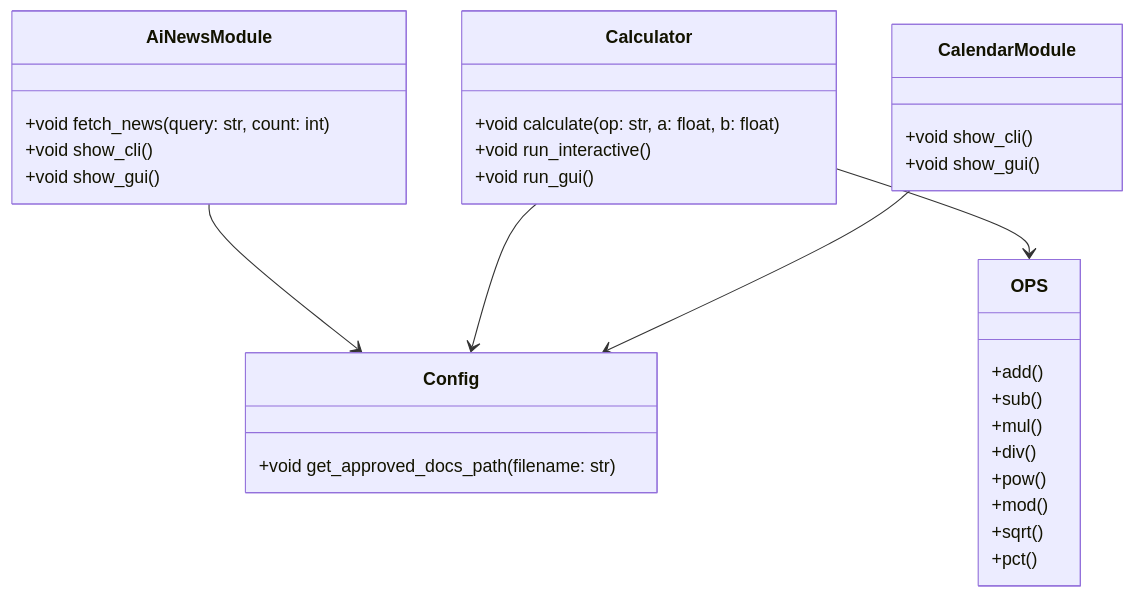
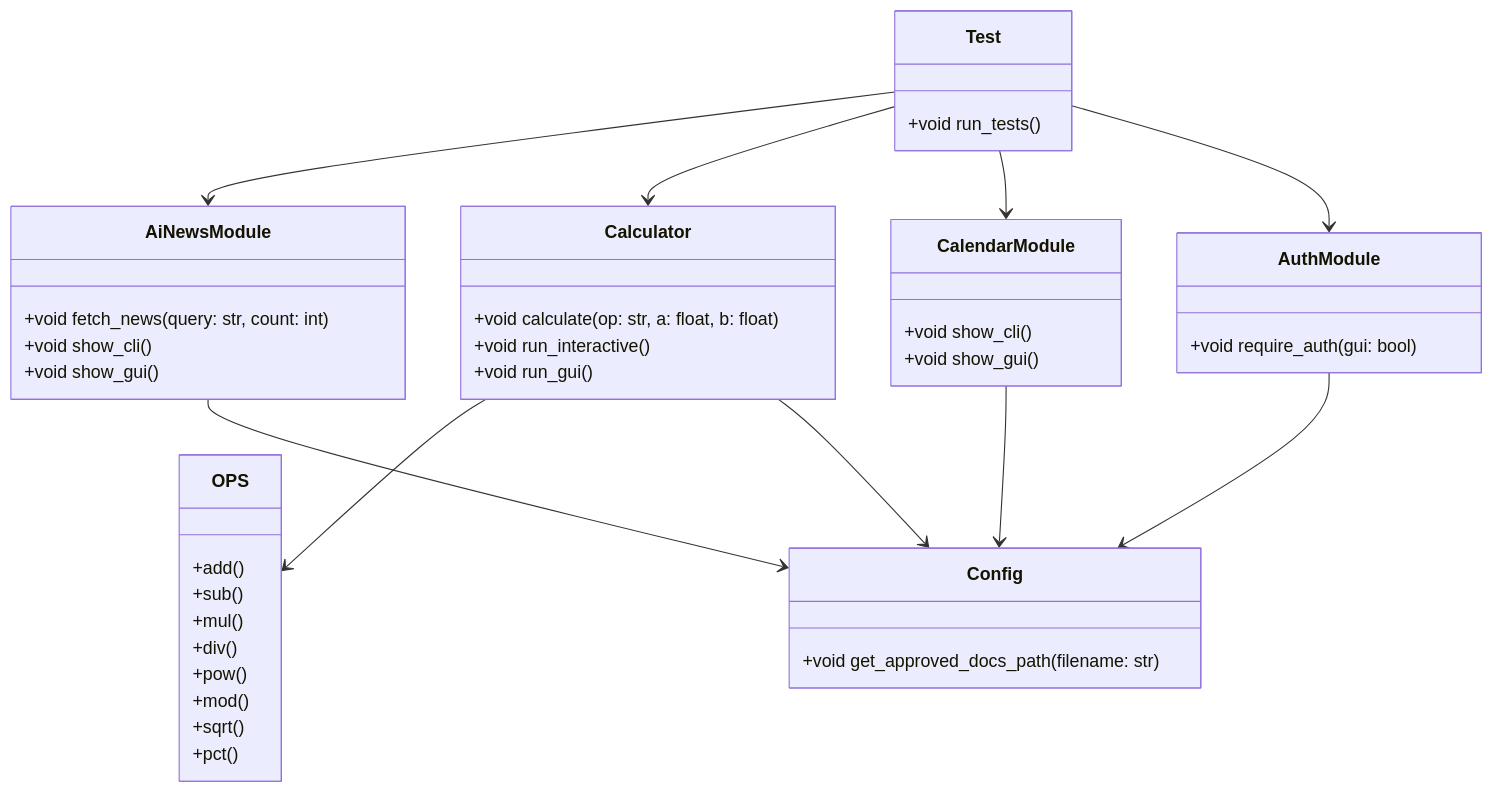
The diagram in docs/diagrams/class.mmd (thoaihcmc/docs-pipeline-e2e-test), drawn with Mermaid before and after one commit. The commit also changed 7 other files, not shown here.

Commit message:
docs: auto-generate FDD, BDD, ADD and diagrams for 00a6d82128dbacb408c5509bb86f9ac9a8706795

````diff
--- a/docs/diagrams/class.mmd
+++ b/docs/diagrams/class.mmd
@@ -1,34 +1,45 @@
 ```mermaid  
 classDiagram  
     class AiNewsModule {  
       +void fetch_news(query: str, count: int)  
       +void show_cli()  
       +void show_gui()  
     }  
     class Calculator {  
       +void calculate(op: str, a: float, b: float)  
       +void run_interactive()  
       +void run_gui()  
     }  
     class CalendarModule {  
       +void show_cli()  
       +void show_gui()  
     }  
+    class AuthModule {  
+      +void require_auth(gui: bool)  
+    }  
     class Config {  
       +void get_approved_docs_path(filename: str)  
+    }  
+    class Test {  
+      +void run_tests()  
     }  
     class OPS {  
       +add()  
       +sub()  
       +mul()  
       +div()  
       +pow()  
       +mod()  
       +sqrt()  
       +pct()  
     }  
     Calculator --> OPS  
     AiNewsModule --> Config  
     Calculator --> Config  
     CalendarModule --> Config  
+    AuthModule --> Config  
+    Test --> AiNewsModule  
+    Test --> Calculator  
+    Test --> CalendarModule  
+    Test --> AuthModule  
 ```
````
